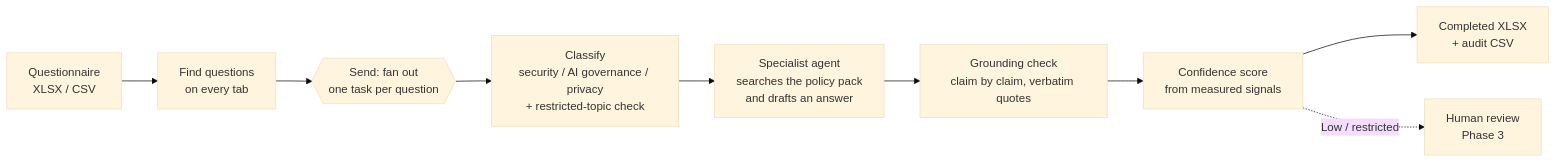
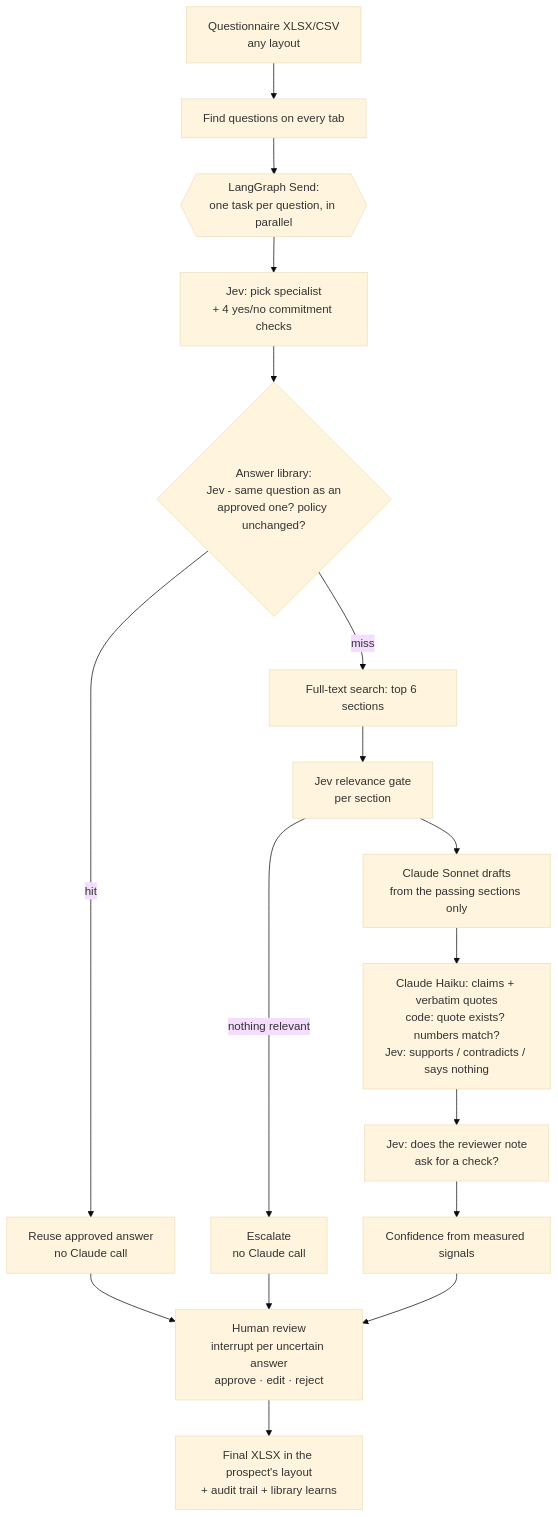
One commit to jrzajko/ai-questionnaire-responder changed the diagram in README.md. Above: the diagram before and after it, drawn with Mermaid (base theme). The commit also changed other lines of this file and 21 other files, not shown here.

````diff
--- a/README.md
+++ b/README.md
@@ -21,11 +43,19 @@
 ```mermaid
-flowchart LR
-    Q[Questionnaire<br/>XLSX / CSV] --> P[Find questions<br/>on every tab]
-    P --> F{{Send: fan out<br/>one task per question}}
-    F --> C[Classify<br/>security / AI governance / privacy<br/>+ restricted-topic check]
-    C --> S[Specialist agent<br/>searches the policy pack<br/>and drafts an answer]
-    S --> G[Grounding check<br/>claim by claim, verbatim quotes]
-    G --> K[Confidence score<br/>from measured signals]
-    K --> O[Completed XLSX<br/>+ audit CSV]
-    K -. Low / restricted .-> H[Human review<br/>Phase 3]
+flowchart TD
+    Q[Questionnaire XLSX/CSV<br/>any layout] --> P[Find questions on every tab]
+    P --> F{{LangGraph Send:<br/>one task per question, in parallel}}
+    F --> C[Jev: pick specialist<br/>+ 4 yes/no commitment checks]
+    C --> L{Answer library:<br/>Jev - same question as an<br/>approved one? policy unchanged?}
+    L -- hit --> R[Reuse approved answer<br/>no Claude call]
+    L -- miss --> S[Full-text search: top 6 sections]
+    S --> G[Jev relevance gate<br/>per section]
+    G -- nothing relevant --> E[Escalate<br/>no Claude call]
+    G --> D[Claude Sonnet drafts<br/>from the passing sections only]
+    D --> X[Claude Haiku: claims + verbatim quotes<br/>code: quote exists? numbers match?<br/>Jev: supports / contradicts / says nothing]
+    X --> N[Jev: does the reviewer note<br/>ask for a check?]
+    N --> K[Confidence from measured signals]
+    R --> H
+    E --> H
+    K --> H[Human review<br/>interrupt per uncertain answer<br/>approve · edit · reject]
+    H --> Z[Final XLSX in the prospect's layout<br/>+ audit trail + library learns]
 ```
````
